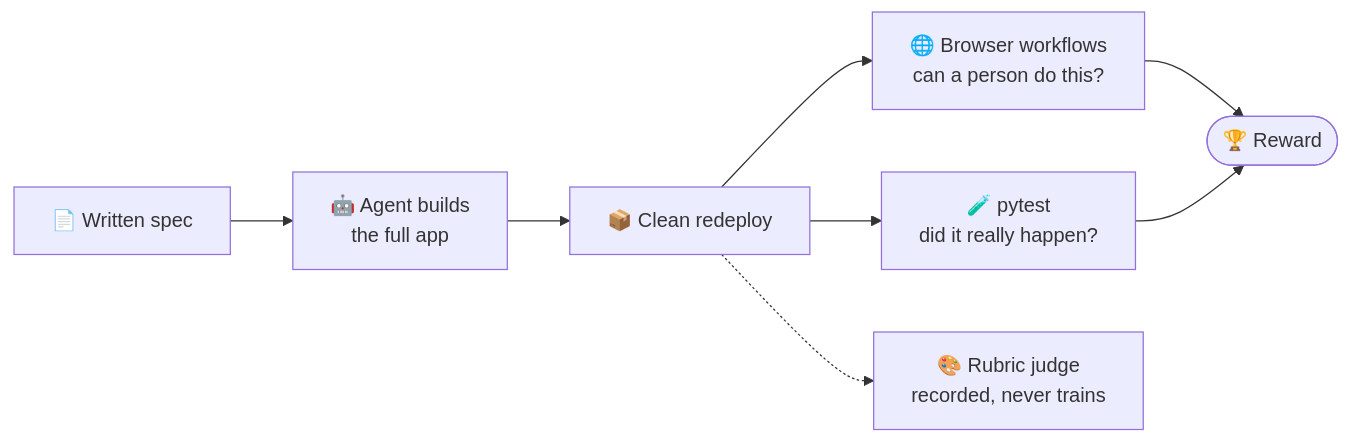
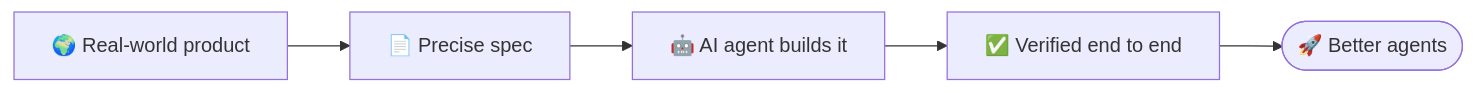
Before and after one commit to rafey-ethara/rafey-ethara: the diagram in README.md, drawn with Mermaid. The commit also changed other lines of this file, not shown here.

````diff
--- a/README.md
+++ b/README.md
@@ -64,10 +64,7 @@
 ```mermaid
 flowchart LR
-  S["📄 Written spec"] --> A["🤖 Agent builds<br/>the full app"]
-  A --> C["📦 Clean redeploy"]
-  C --> B["🌐 Browser workflows<br/>can a person do this?"]
-  C --> P["🧪 pytest<br/>did it really happen?"]
-  B --> R(["🏆 Reward"])
-  P --> R
-  C -.-> J["🎨 Rubric judge<br/>recorded, never trains"]
+  A["🌍 Real-world product"] --> B["📄 Precise spec"]
+  B --> C["🤖 AI agent builds it"]
+  C --> D["✅ Verified end to end"]
+  D --> E(["🚀 Better agents"])
 ```
````
